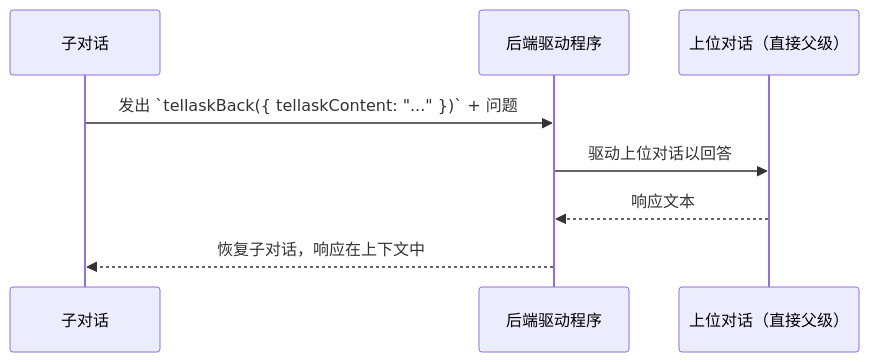
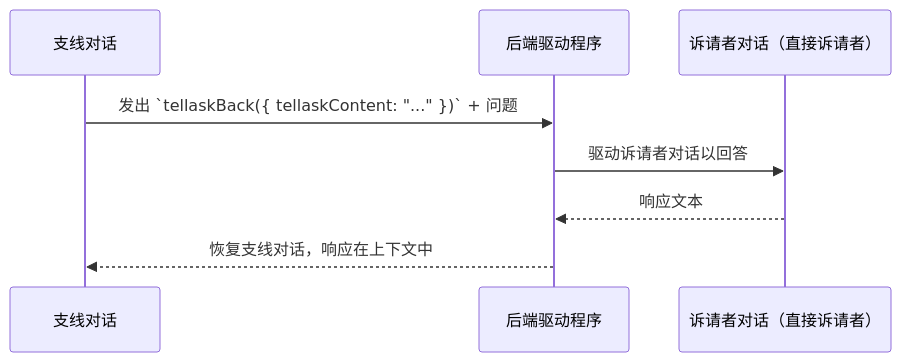
Diagram 11 of 19 in docs/dialog-system.zh.md (longrun-ai/dominds), drawn with Mermaid before and after one commit. The commit also changed other lines of this file and 195 other files, not shown here.

````diff
--- a/docs/dialog-system.zh.md
+++ b/docs/dialog-system.zh.md
@@ -1243,11 +1243,11 @@
 ```mermaid
 sequenceDiagram
-  participant Sub as 子对话
+  participant Side as 支线对话
   participant Driver as 后端驱动程序
-  participant Sup as 上位对话（直接父级）
+  participant Asker as 诉请者对话（直接诉请者）
 
-  Sub->>Driver: 发出 `tellaskBack({ tellaskContent: "..." })` + 问题
-  Driver->>Sup: 驱动上位对话以回答
-  Sup-->>Driver: 响应文本
-  Driver-->>Sub: 恢复子对话，响应在上下文中
+  Side->>Driver: 发出 `tellaskBack({ tellaskContent: "..." })` + 问题
+  Driver->>Asker: 驱动诉请者对话以回答
+  Asker-->>Driver: 响应文本
+  Driver-->>Side: 恢复支线对话，响应在上下文中
 ```
````
